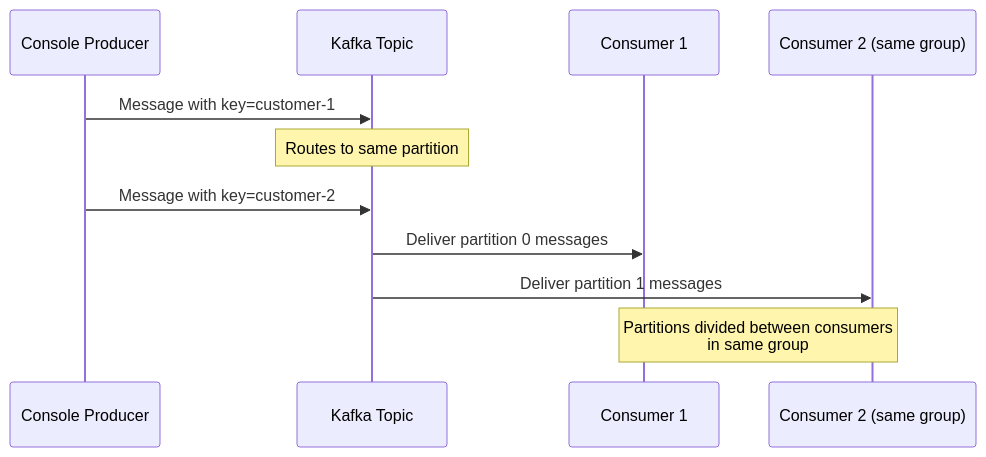
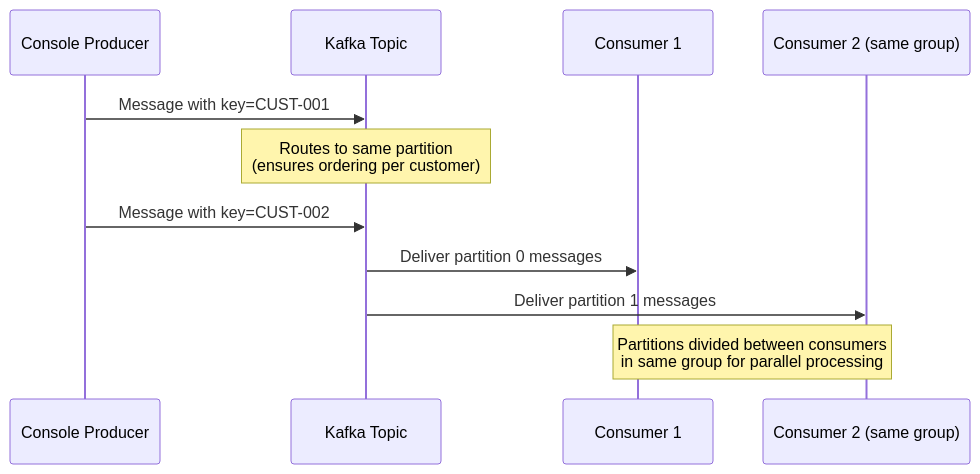
One commit to tomakazoo/ai-family-blog changed the fourth of 11 diagrams in src/content/posts/part-04-hands-on-kafka.md. Above: the diagram before and after it, drawn with Mermaid. The commit also changed other lines of this file, not shown here.

First line of the commit message:
Enhance Kafka blog post with detailed e-commerce order processing system

````diff
--- a/src/content/posts/part-04-hands-on-kafka.md
+++ b/src/content/posts/part-04-hands-on-kafka.md
@@ -374,17 +341,17 @@
 ```mermaid
 sequenceDiagram
     participant Console Producer
     participant Kafka Topic
     participant Consumer 1
     participant Consumer 2 (same group)
     
-    Console Producer->>Kafka Topic: Message with key=customer-1
-    Note over Kafka Topic: Routes to same partition
+    Console Producer->>Kafka Topic: Message with key=CUST-001
+    Note over Kafka Topic: Routes to same partition<br/>(ensures ordering per customer)
     
-    Console Producer->>Kafka Topic: Message with key=customer-2
+    Console Producer->>Kafka Topic: Message with key=CUST-002
     
     Kafka Topic->>Consumer 1: Deliver partition 0 messages
     Kafka Topic->>Consumer 2 (same group): Deliver partition 1 messages
     
-    Note over Consumer 1,Consumer 2 (same group): Partitions divided between consumers<br/>in same group
+    Note over Consumer 1,Consumer 2 (same group): Partitions divided between consumers<br/>in same group for parallel processing
 ```
````
